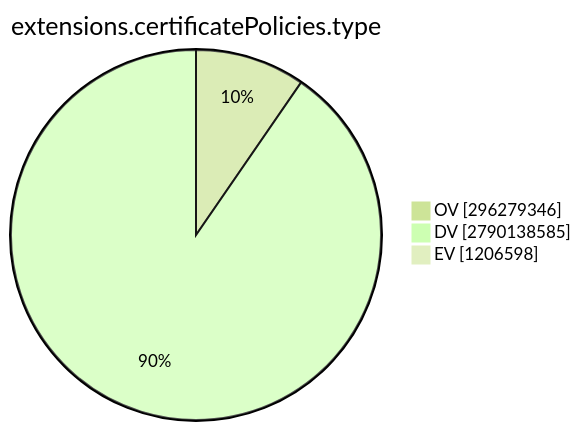
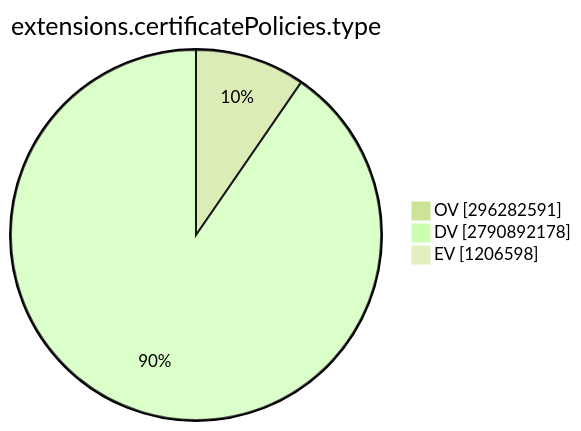
The ninth of 15 diagrams in TOTAL/README.md (christiankrug/ctmonitor_visualization), drawn with Mermaid (forest theme) before and after one commit. The commit also changed other lines of this file, not shown here.

````diff
--- a/TOTAL/README.md
+++ b/TOTAL/README.md
@@ -3099,7 +3099,7 @@
 ```mermaid
 pie showData
 title extensions.certificatePolicies.type
-"OV" :296279346
-"DV" :2790138585
+"OV" :296282591
+"DV" :2790892178
 "EV" :1206598
 ```
````
